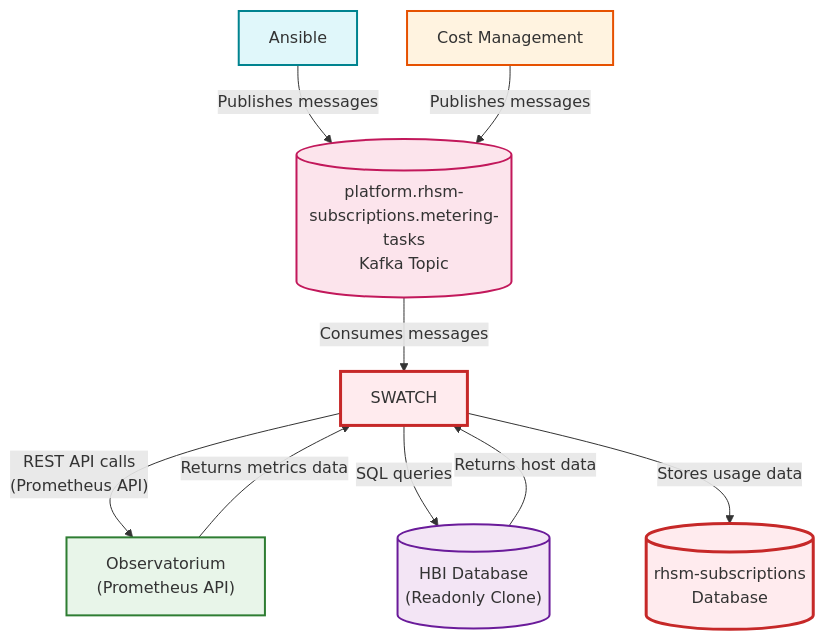
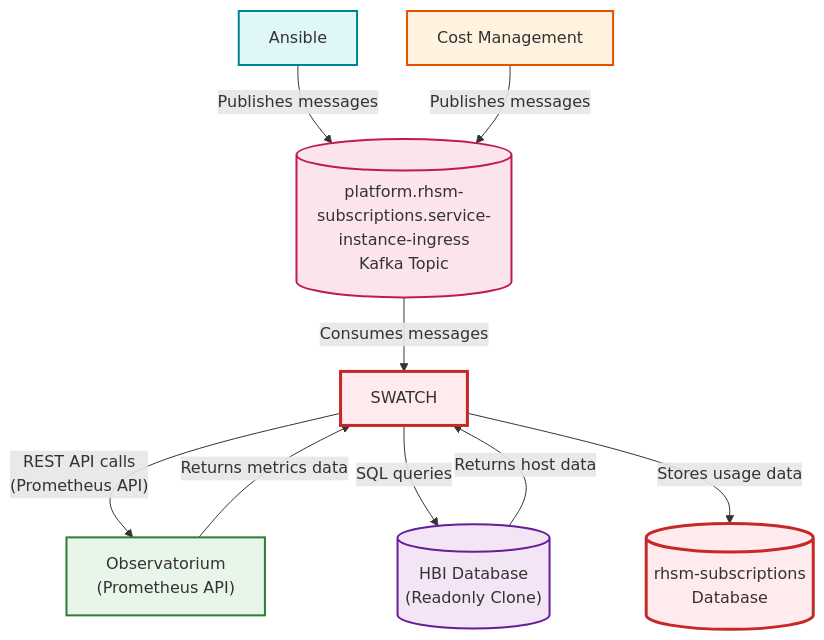
Before and after one commit to RedHatInsights/rhsm-subscriptions: the second of 4 diagrams in docs/usage-data-sources.md, drawn with Mermaid. The commit also changed other lines of this file, not shown here.

First line of the commit message:
Fix Kafka topic name in usage data sources diagram

````diff
--- a/docs/usage-data-sources.md
+++ b/docs/usage-data-sources.md
@@ -69,48 +69,48 @@
 ```mermaid
 graph TB
     SWATCH["SWATCH"]
     
     ANSIBLE["Ansible"]
     COST_MGMT["Cost Management"]
     
-    KAFKA_TOPIC[("platform.rhsm-subscriptions.metering-tasks<br/>Kafka Topic")]
+    KAFKA_TOPIC[("platform.rhsm-subscriptions.service-instance-ingress<br/>Kafka Topic")]
     
     OBSERVATORIUM["Observatorium<br/>(Prometheus API)"]
     
     HBI_DB[("HBI Database<br/>(Readonly Clone)")]
     
     SWATCH_DB[("rhsm-subscriptions<br/>Database")]
 
     %% Ansible and Cost Management publish to Kafka topic
     ANSIBLE -->|"Publishes messages"| KAFKA_TOPIC
     COST_MGMT -->|"Publishes messages"| KAFKA_TOPIC
     
     %% SWATCH consumes from Kafka topic
     KAFKA_TOPIC -->|"Consumes messages"| SWATCH
     
     %% SWATCH makes REST calls to Observatorium
     SWATCH -->|"REST API calls<br/>(Prometheus API)"| OBSERVATORIUM
     OBSERVATORIUM -->|"Returns metrics data"| SWATCH
     
     %% SWATCH queries HBI readonly database
     SWATCH -->|"SQL queries"| HBI_DB
     HBI_DB -->|"Returns host data"| SWATCH
     
     %% SWATCH stores data
     SWATCH -->|"Stores usage data"| SWATCH_DB
     
     %% Styling
     classDef swatchStyle fill:#ffebee,stroke:#c62828,stroke-width:3px
     classDef ansibleStyle fill:#e0f7fa,stroke:#00838f,stroke-width:2px
     classDef costMgmtStyle fill:#fff3e0,stroke:#e65100,stroke-width:2px
     classDef kafkaStyle fill:#fce4ec,stroke:#c2185b,stroke-width:2px
     classDef apiStyle fill:#e8f5e9,stroke:#2e7d32,stroke-width:2px
     classDef dbStyle fill:#f3e5f5,stroke:#6a1b9a,stroke-width:2px
     
     class SWATCH,SWATCH_DB swatchStyle
     class ANSIBLE ansibleStyle
     class COST_MGMT costMgmtStyle
     class KAFKA_TOPIC kafkaStyle
     class OBSERVATORIUM apiStyle
     class HBI_DB dbStyle
 ```
````
